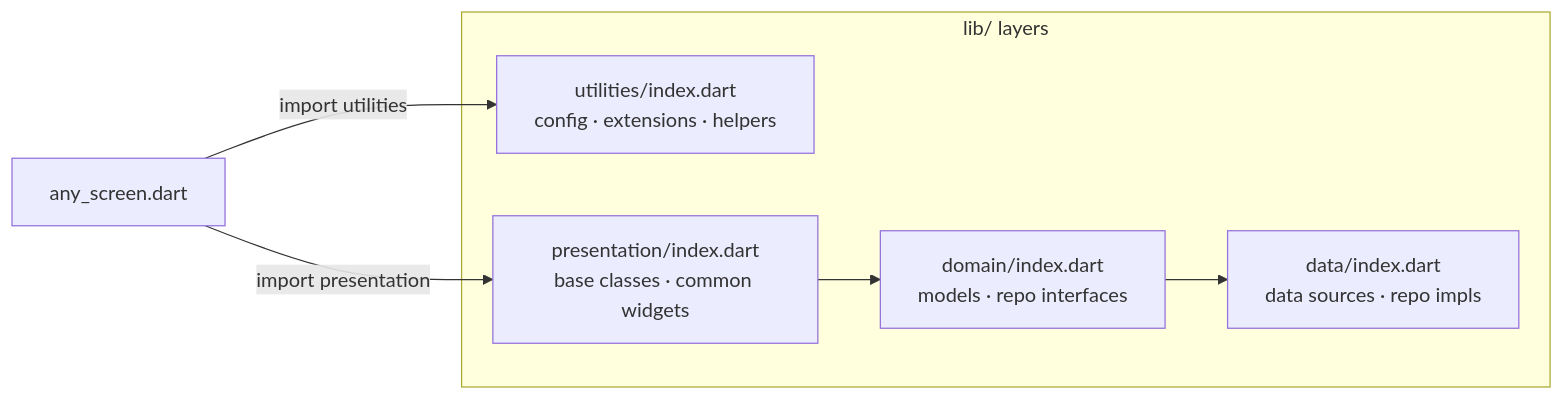
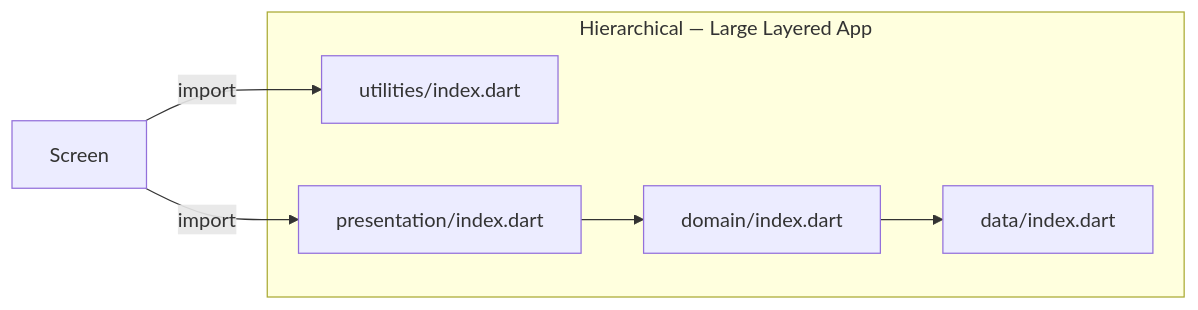
Before and after one commit to kasinadhsarma/flutter-skills: the third of 4 diagrams in docs/skills.md, drawn with Mermaid. The commit also changed other lines of this file, not shown here.

````diff
--- a/docs/skills.md
+++ b/docs/skills.md
@@ -218,14 +88,11 @@
 ```mermaid
 graph LR
-    subgraph "lib/ layers"
-        UIdx["utilities/index.dart\nconfig · extensions · helpers"]
-        DIdx["domain/index.dart\nmodels · repo interfaces"]
-        DAIdx["data/index.dart\ndata sources · repo impls"]
-        PIdx["presentation/index.dart\nbase classes · common widgets"]
+    subgraph "Hierarchical — Large Layered App"
+        UIdx["utilities/index.dart"]
+        DIdx["domain/index.dart"]
+        DAIdx["data/index.dart"]
+        PIdx["presentation/index.dart"]
     end
-
-    Screen["any_screen.dart"] -->|"import utilities"| UIdx
-    Screen -->|"import presentation"| PIdx
-    PIdx --> DIdx
-    DIdx --> DAIdx
+    Screen -->|import| UIdx & PIdx
+    PIdx --> DIdx --> DAIdx
 ```
````
